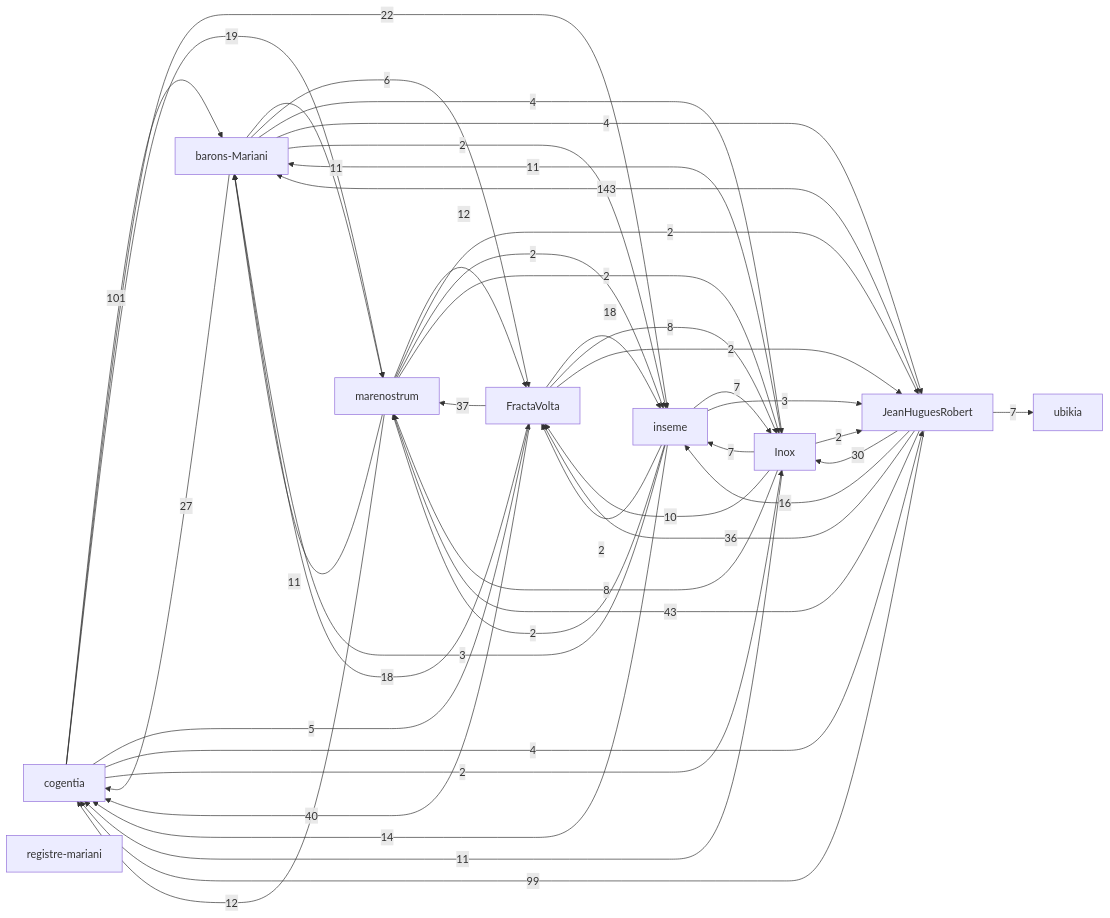
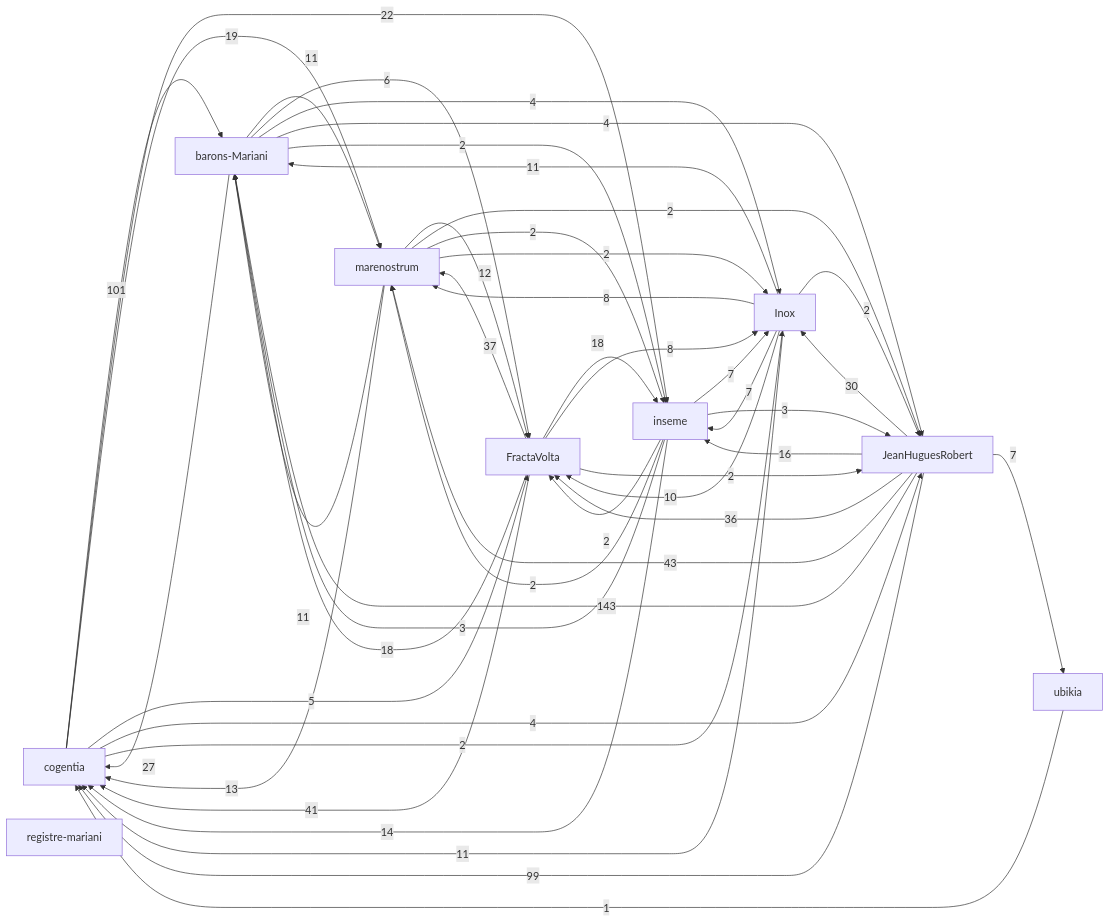
One commit to JeanHuguesRobert/cogentia changed the first of 2 diagrams in research/corpus-status.md. Above: the diagram before and after it, drawn with Mermaid. The commit also changed other lines of this file, not shown here.

Commit message:
Refresh Cogentia corpus status after GitHub import

````diff
--- a/research/corpus-status.md
+++ b/research/corpus-status.md
@@ -55,55 +55,56 @@
 ```mermaid
 graph LR
   r_cogentia["cogentia"]
   r_fractavolta["FractaVolta"]
   r_marenostrum["marenostrum"]
   r_barons_mariani["barons-Mariani"]
   r_inseme["inseme"]
   r_inox["Inox"]
   r_registre_mariani["registre-mariani"]
   r_ubikia["ubikia"]
   r_jeanhuguesrobert["JeanHuguesRobert"]
   r_jeanhuguesrobert -->|143| r_barons_mariani
   r_cogentia -->|101| r_barons_mariani
   r_jeanhuguesrobert -->|99| r_cogentia
   r_jeanhuguesrobert -->|43| r_marenostrum
-  r_fractavolta -->|40| r_cogentia
+  r_fractavolta -->|41| r_cogentia
   r_fractavolta -->|37| r_marenostrum
   r_jeanhuguesrobert -->|36| r_fractavolta
   r_jeanhuguesrobert -->|30| r_inox
   r_barons_mariani -->|27| r_cogentia
   r_cogentia -->|22| r_inseme
   r_cogentia -->|19| r_marenostrum
   r_fractavolta -->|18| r_inseme
   r_fractavolta -->|18| r_barons_mariani
   r_jeanhuguesrobert -->|16| r_inseme
   r_inseme -->|14| r_cogentia
+  r_marenostrum -->|13| r_cogentia
   r_marenostrum -->|12| r_fractavolta
-  r_marenostrum -->|12| r_cogentia
   r_barons_mariani -->|11| r_marenostrum
   r_inox -->|11| r_barons_mariani
   r_inox -->|11| r_cogentia
   r_marenostrum -->|11| r_barons_mariani
   r_inox -->|10| r_fractavolta
   r_fractavolta -->|8| r_inox
   r_inox -->|8| r_marenostrum
   r_inox -->|7| r_inseme
   r_inseme -->|7| r_inox
   r_jeanhuguesrobert -->|7| r_ubikia
   r_barons_mariani -->|6| r_fractavolta
   r_cogentia -->|5| r_fractavolta
   r_barons_mariani -->|4| r_inox
   r_barons_mariani -->|4| r_jeanhuguesrobert
   r_cogentia -->|4| r_jeanhuguesrobert
   r_inseme -->|3| r_barons_mariani
   r_inseme -->|3| r_jeanhuguesrobert
   r_barons_mariani -->|2| r_inseme
   r_cogentia -->|2| r_inox
   r_fractavolta -->|2| r_jeanhuguesrobert
   r_inox -->|2| r_jeanhuguesrobert
   r_inseme -->|2| r_marenostrum
   r_inseme -->|2| r_fractavolta
   r_marenostrum -->|2| r_jeanhuguesrobert
   r_marenostrum -->|2| r_inseme
   r_marenostrum -->|2| r_inox
+  r_ubikia -->|1| r_cogentia
 ```
````
